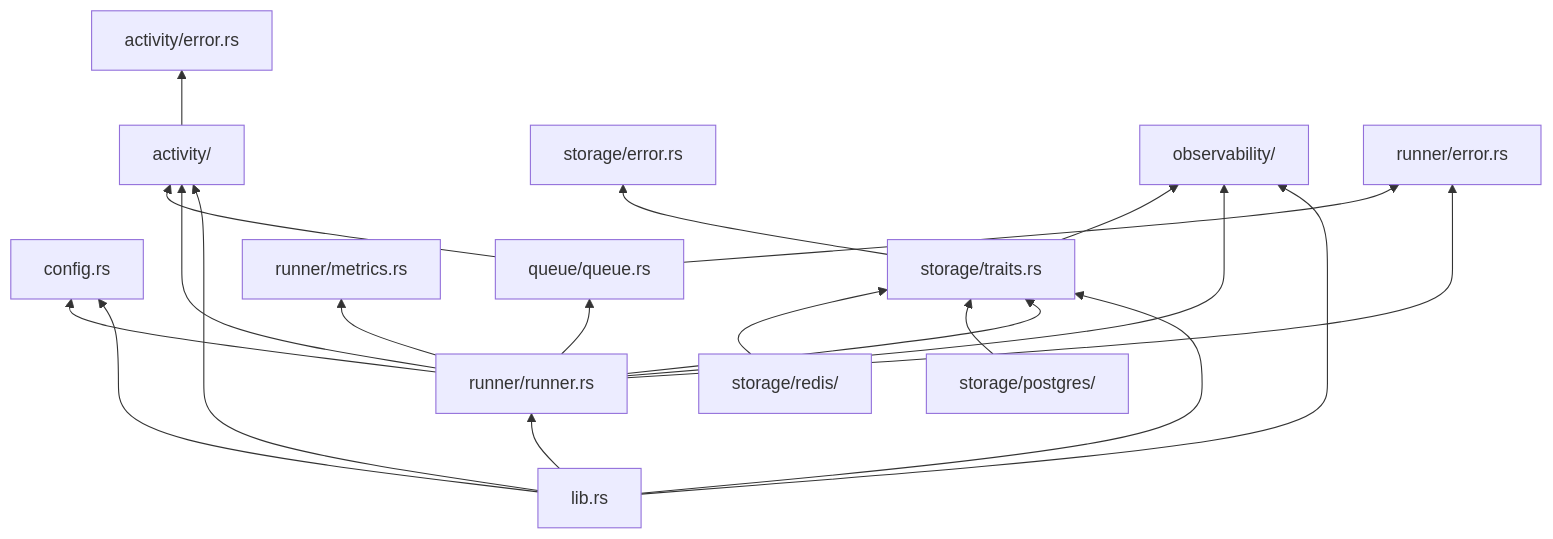
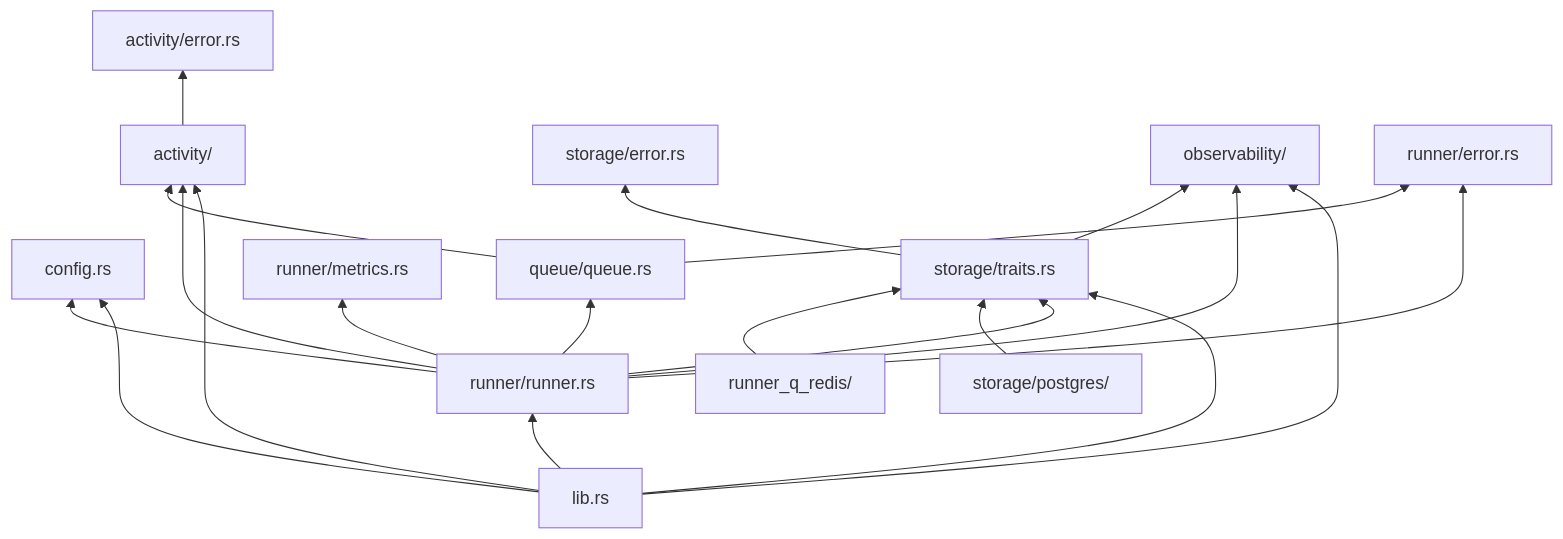
Before and after one commit to alob-mtc/runnerq: the second of 8 diagrams in docs/architecture.md, drawn with Mermaid. The commit also changed other lines of this file and 7 other files, not shown here.

First line of the commit message:
Add runner_q_redis README; update docs & logs

````diff
--- a/docs/architecture.md
+++ b/docs/architecture.md
@@ -99,36 +97,36 @@
 ```mermaid
 graph BT
     config[config.rs]
     activity[activity/]
     error_a[activity/error.rs]
     queue[queue/queue.rs]
     storage_traits[storage/traits.rs]
     storage_error[storage/error.rs]
-    redis_be[storage/redis/]
+    redis_be[runner_q_redis/]
     postgres_be[storage/postgres/]
     observability[observability/]
     runner[runner/runner.rs]
     runner_error[runner/error.rs]
     metrics[runner/metrics.rs]
     lib[lib.rs]
 
     activity --> error_a
     queue --> activity
     queue --> runner_error
     storage_traits --> storage_error
     storage_traits --> observability
     redis_be --> storage_traits
     postgres_be --> storage_traits
     runner --> activity
     runner --> queue
     runner --> storage_traits
     runner --> config
     runner --> observability
     runner --> runner_error
     runner --> metrics
     lib --> runner
     lib --> activity
     lib --> storage_traits
     lib --> observability
     lib --> config
 ```
````
